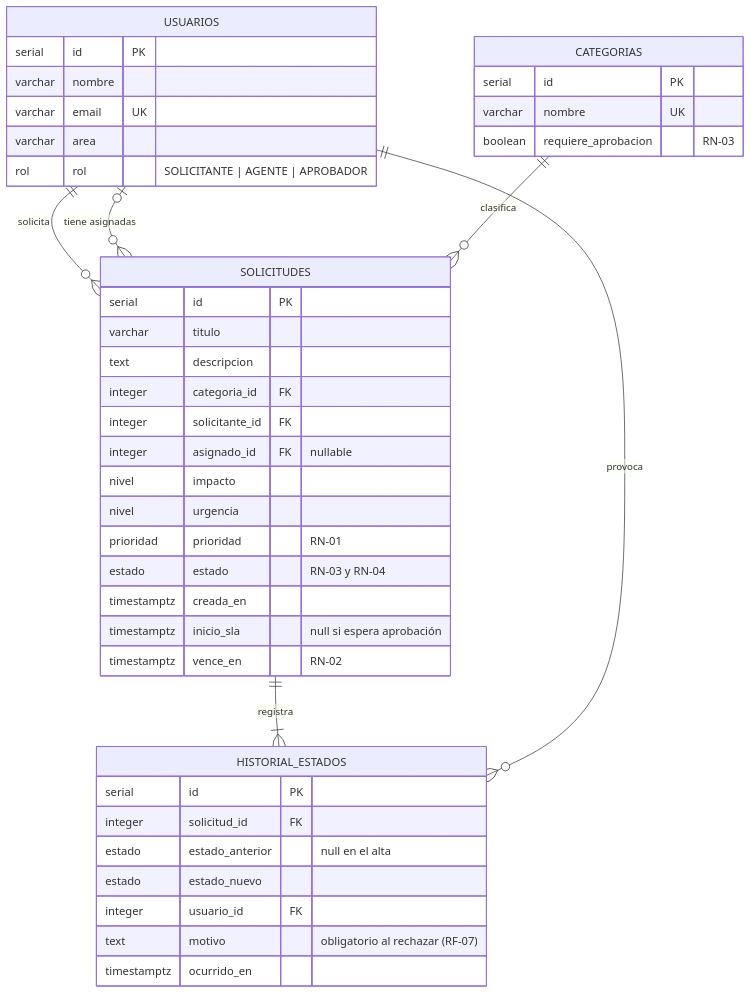
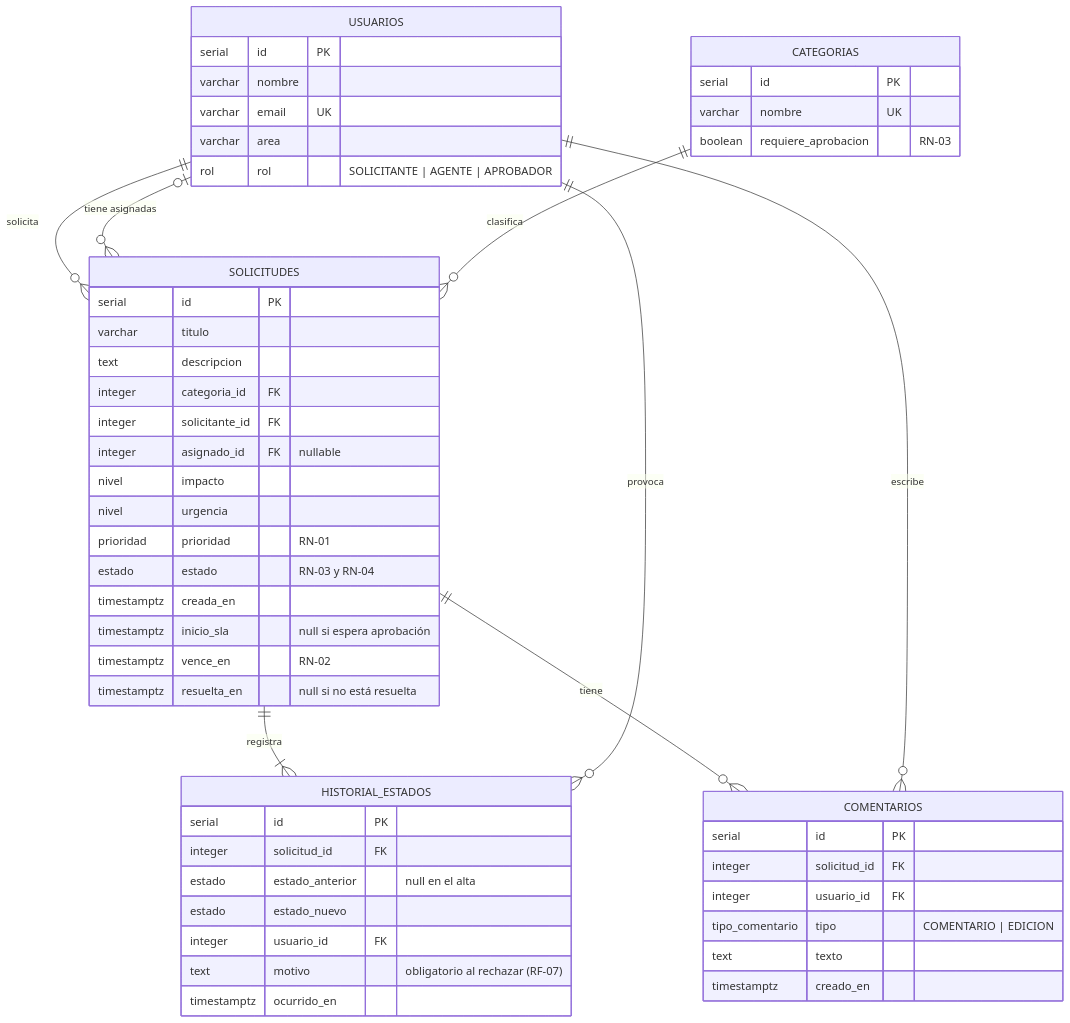
Before and after one commit to tinodorrego/solicitudes-it: the diagram in docs/05-modelo-datos.md, drawn with Mermaid. The commit also changed other lines of this file and 41 other files, not shown here.

````diff
--- a/docs/05-modelo-datos.md
+++ b/docs/05-modelo-datos.md
@@ -7,45 +7,56 @@
 ```mermaid
 erDiagram
   USUARIOS ||--o{ SOLICITUDES : "solicita"
   USUARIOS |o--o{ SOLICITUDES : "tiene asignadas"
   CATEGORIAS ||--o{ SOLICITUDES : "clasifica"
   SOLICITUDES ||--|{ HISTORIAL_ESTADOS : "registra"
+  SOLICITUDES ||--o{ COMENTARIOS : "tiene"
+  USUARIOS ||--o{ COMENTARIOS : "escribe"
   USUARIOS ||--o{ HISTORIAL_ESTADOS : "provoca"
 
   USUARIOS {
     serial id PK
     varchar nombre
     varchar email UK
     varchar area
     rol rol "SOLICITANTE | AGENTE | APROBADOR"
   }
   CATEGORIAS {
     serial id PK
     varchar nombre UK
     boolean requiere_aprobacion "RN-03"
   }
   SOLICITUDES {
     serial id PK
     varchar titulo
     text descripcion
     integer categoria_id FK
     integer solicitante_id FK
     integer asignado_id FK "nullable"
     nivel impacto
     nivel urgencia
     prioridad prioridad "RN-01"
     estado estado "RN-03 y RN-04"
     timestamptz creada_en
     timestamptz inicio_sla "null si espera aprobación"
     timestamptz vence_en "RN-02"
+    timestamptz resuelta_en "null si no está resuelta"
+  }
+  COMENTARIOS {
+    serial id PK
+    integer solicitud_id FK
+    integer usuario_id FK
+    tipo_comentario tipo "COMENTARIO | EDICION"
+    text texto
+    timestamptz creado_en
   }
   HISTORIAL_ESTADOS {
     serial id PK
     integer solicitud_id FK
     estado estado_anterior "null en el alta"
     estado estado_nuevo
     integer usuario_id FK
     text motivo "obligatorio al rechazar (RF-07)"
     timestamptz ocurrido_en
   }
 ```
````
